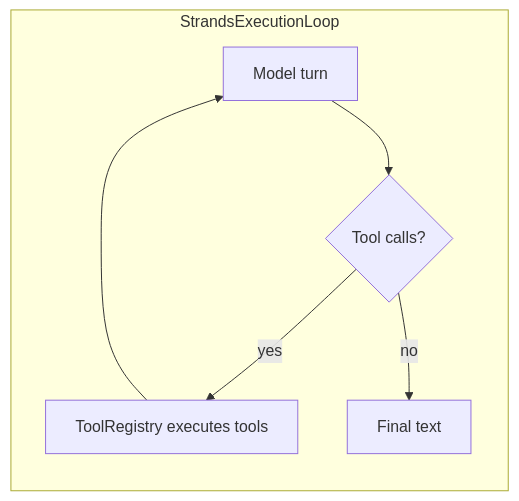
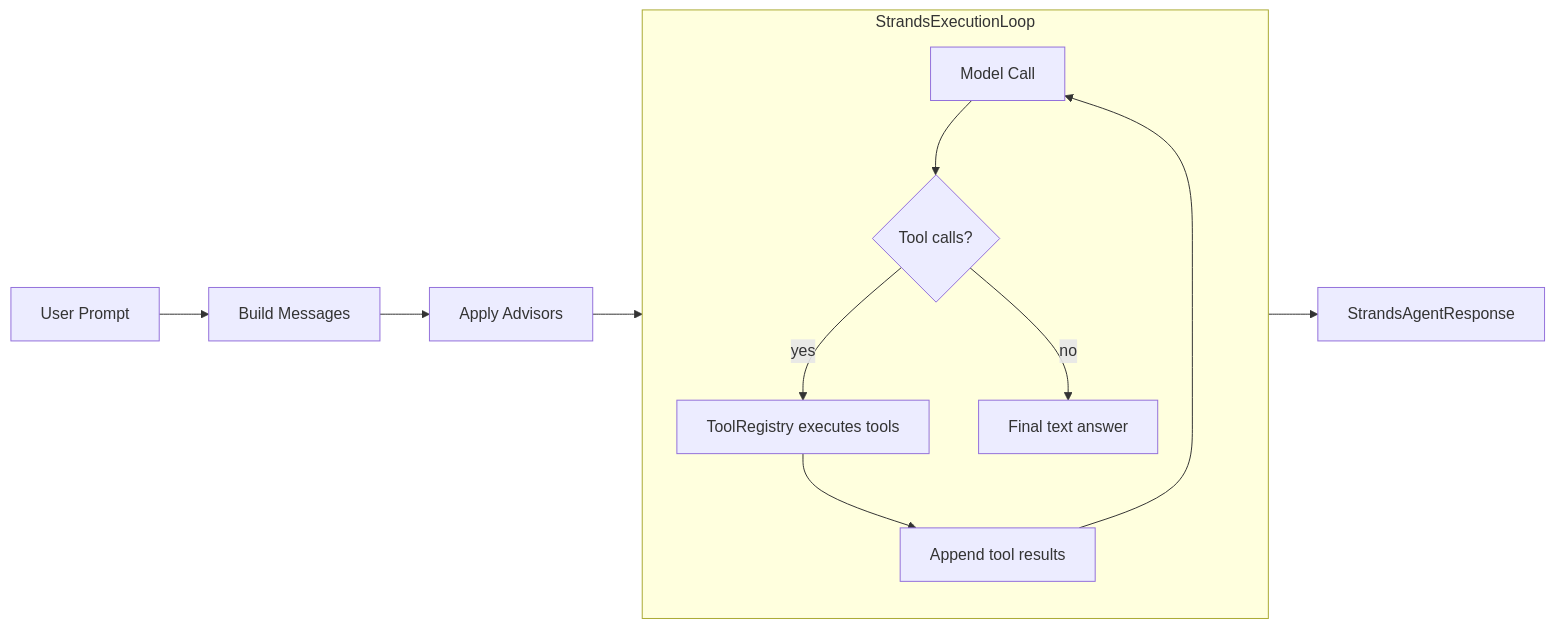
One commit to vaquarkhan/ai-agent-java-sdk changed the diagram in spring-ai-strands-agentcore-sdk/docs/tutorial.md. Above: the diagram before and after it, drawn with Mermaid. The commit also changed other lines of this file, not shown here.

````diff
--- a/spring-ai-strands-agentcore-sdk/docs/tutorial.md
+++ b/spring-ai-strands-agentcore-sdk/docs/tutorial.md
@@ -53,9 +225,15 @@
 ```mermaid
 flowchart LR
-  subgraph loop [StrandsExecutionLoop]
-    M[Model turn] --> T{Tool calls?}
-    T -->|yes| R[ToolRegistry executes tools]
-    R --> M
-    T -->|no| F[Final text]
-  end
+    A[User Prompt] --> B[Build Messages]
+    B --> C[Apply Advisors]
+    C --> Loop
+    subgraph Loop [StrandsExecutionLoop]
+        direction TB
+        D["Model Call"] --> E{Tool calls?}
+        E -->|yes| F["ToolRegistry executes tools"]
+        F --> G["Append tool results"]
+        G --> D
+        E -->|no| H["Final text answer"]
+    end
+    Loop --> I[StrandsAgentResponse]
 ```
````
